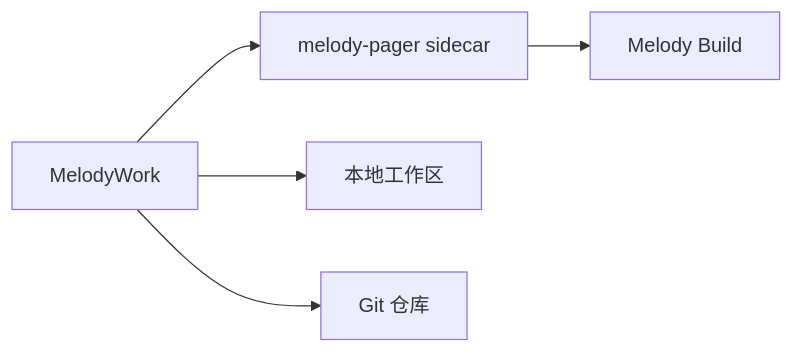
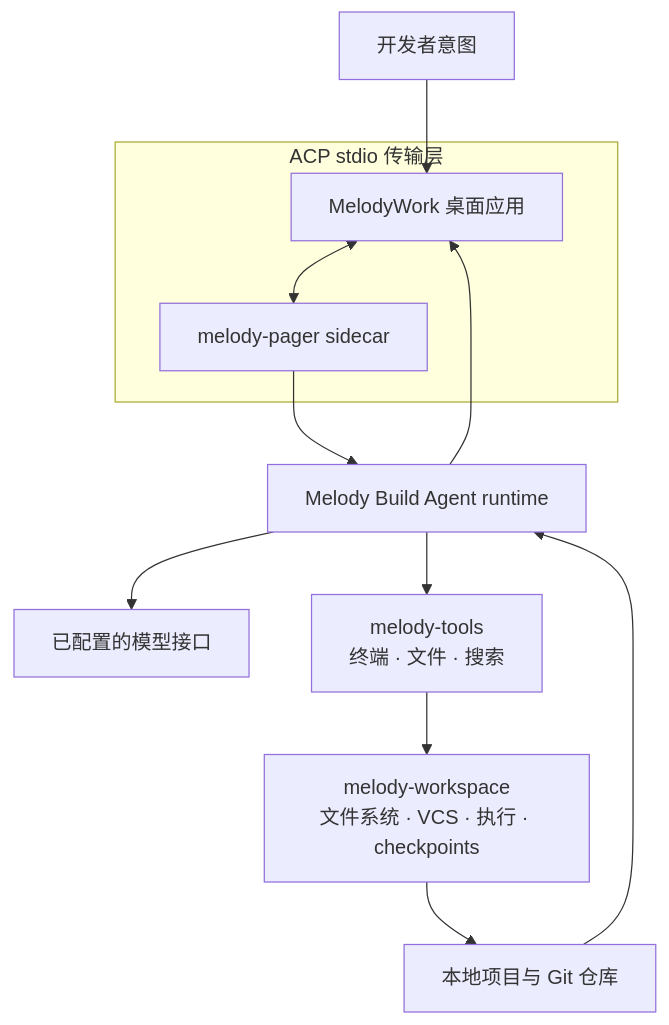
The diagram in README.zh-CN.md (Lhy723/MelodyWork), drawn with Mermaid before and after one commit. The commit also changed other lines of this file and 1 other file, not shown here.

Commit message:
docs: explain Melody Build execution model

````diff
--- a/README.zh-CN.md
+++ b/README.zh-CN.md
@@ -23,7 +25,16 @@
 ```mermaid
-flowchart LR
-  app["MelodyWork"] --> pager["melody-pager sidecar"]
-  pager --> melody["Melody Build"]
-  app --> workspace["本地工作区"]
-  app --> git["Git 仓库"]
+flowchart TD
+  user["开发者意图"] --> app["MelodyWork 桌面应用"]
+
+  subgraph transport["ACP stdio 传输层"]
+    app <--> pager["melody-pager sidecar"]
+  end
+
+  pager --> runtime["Melody Build Agent runtime"]
+  runtime --> model["已配置的模型接口"]
+  runtime --> tools["melody-tools\n终端 · 文件 · 搜索"]
+  tools --> workspace["melody-workspace\n文件系统 · VCS · 执行 · checkpoints"]
+  workspace --> repo["本地项目与 Git 仓库"]
+  repo --> runtime
+  runtime --> app
 ```
````
